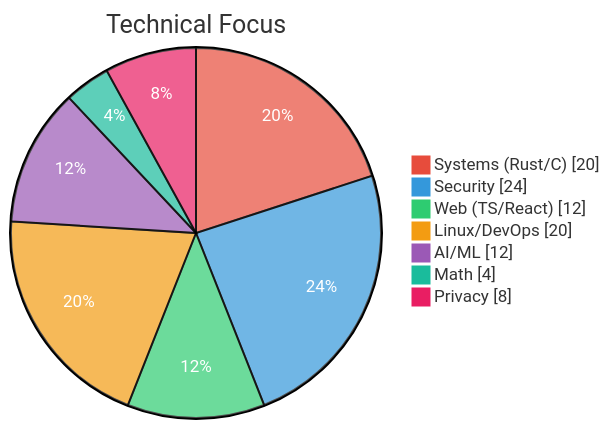
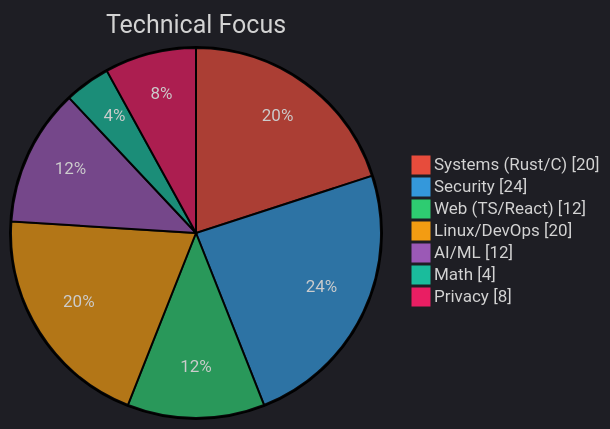
One commit to johnzfitch/johnzfitch changed the diagram in README.md. Above: the diagram before and after it, drawn with Mermaid.

Commit message:
Switch to dark theme for visible title and legend text

````diff
--- a/README.md
+++ b/README.md
@@ -31,12 +31,12 @@
 ```mermaid
-%%{init: {'theme':'base', 'themeVariables': {'pie1': '#e74c3c', 'pie2': '#3498db', 'pie3': '#2ecc71', 'pie4': '#f39c12', 'pie5': '#9b59b6', 'pie6': '#1abc9c', 'pie7': '#e91e63', 'pieSectionTextColor': '#ffffff'}}}%%
+%%{init: {'theme':'dark', 'themeVariables': {'pie1': '#e74c3c', 'pie2': '#3498db', 'pie3': '#2ecc71', 'pie4': '#f39c12', 'pie5': '#9b59b6', 'pie6': '#1abc9c', 'pie7': '#e91e63'}}}%%
 pie showData
     title Technical Focus
     "Systems (Rust/C)" : 20
     "Security" : 24
     "Web (TS/React)" : 12
     "Linux/DevOps" : 20
     "AI/ML" : 12
     "Math" : 4
     "Privacy" : 8
 ```
````
